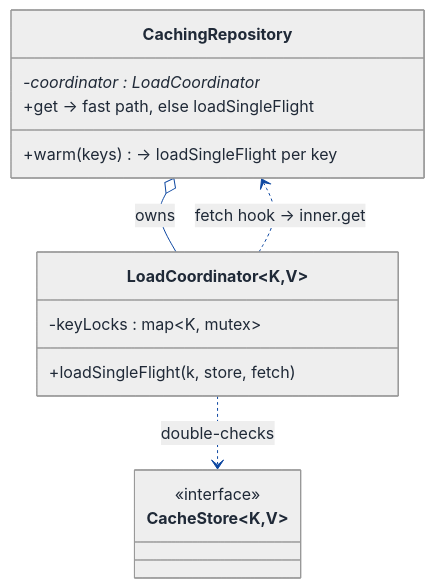
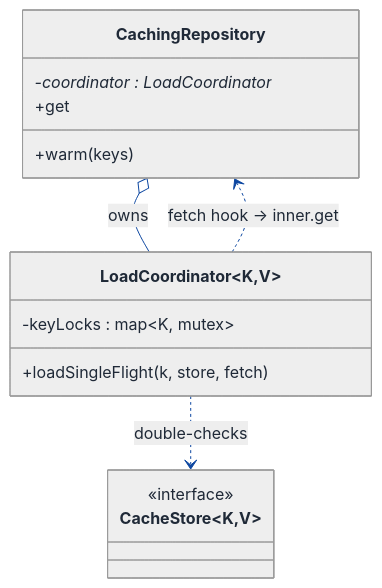
Before and after one commit to Prateek-5/question-bank: the sixth of 8 diagrams in LLD/Topics/Decorator_Pattern/Caching_Decorator.md, drawn with Mermaid. The commit also changed other lines of this file and 61 other files, not shown here.

First line of the commit message:
Fix invalid mermaid classDiagram member syntax across LLD walkthroughs

````diff
--- a/LLD/Topics/Decorator_Pattern/Caching_Decorator.md
+++ b/LLD/Topics/Decorator_Pattern/Caching_Decorator.md
@@ -845,51 +845,51 @@
 ```mermaid
 ---
 config:
   theme: neutral
   themeVariables:
     background: '#ffffff'
     primaryColor: '#cfe2ff'
     primaryTextColor: '#1f2937'
     primaryBorderColor: '#084298'
     secondaryColor: '#fff3cd'
     secondaryTextColor: '#1f2937'
     secondaryBorderColor: '#664d03'
     tertiaryColor: '#d1e7dd'
     tertiaryTextColor: '#1f2937'
     tertiaryBorderColor: '#0a3622'
     lineColor: '#0d47a1'
     textColor: '#1f2937'
     noteBkgColor: '#fff3cd'
     noteTextColor: '#1f2937'
     noteBorderColor: '#997404'
     actorBkg: '#cfe2ff'
     actorBorder: '#084298'
     actorTextColor: '#1f2937'
     signalColor: '#0d47a1'
     signalTextColor: '#1f2937'
     labelBoxBkgColor: '#ffffff'
     labelBoxBorderColor: '#d3d3d3'
     labelTextColor: '#1f2937'
     edgeLabelBackground: '#ffffff'
     labelBackground: '#ffffff'
     classText: '#1f2937'
     fontFamily: 'system-ui, -apple-system, Segoe UI, Helvetica, Arial, sans-serif'
 ---
 classDiagram
   direction TB
   class CachingRepository {
     -coordinator : LoadCoordinator*
-    +get → fast path, else loadSingleFlight
-    +warm(keys) → loadSingleFlight per key
+    +get
+    +warm(keys)
   }
   class LoadCoordinator~K,V~ {
     -keyLocks : map~K, mutex~
     +loadSingleFlight(k, store, fetch)
   }
   class CacheStore~K,V~ {
     <<interface>>
   }
   CachingRepository o-- LoadCoordinator : owns
   LoadCoordinator ..> CacheStore : double-checks
   LoadCoordinator ..> CachingRepository : fetch hook → inner.get
 ```
````
